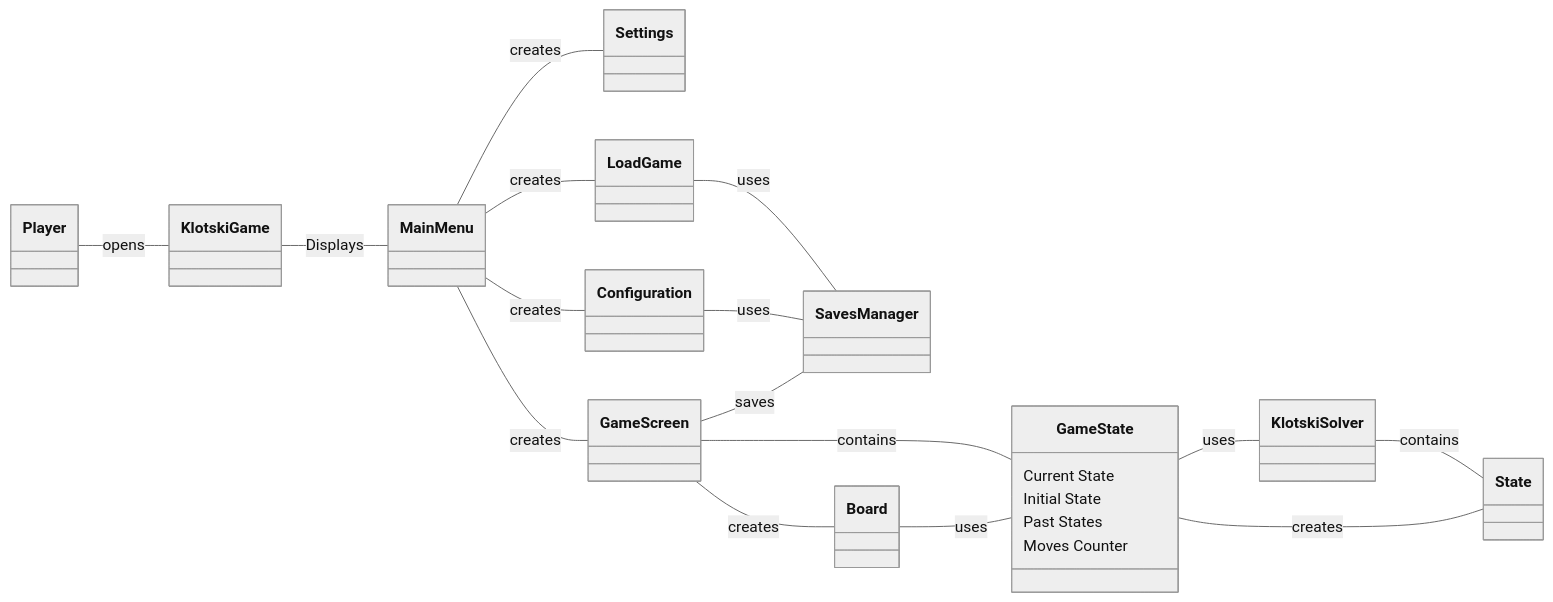
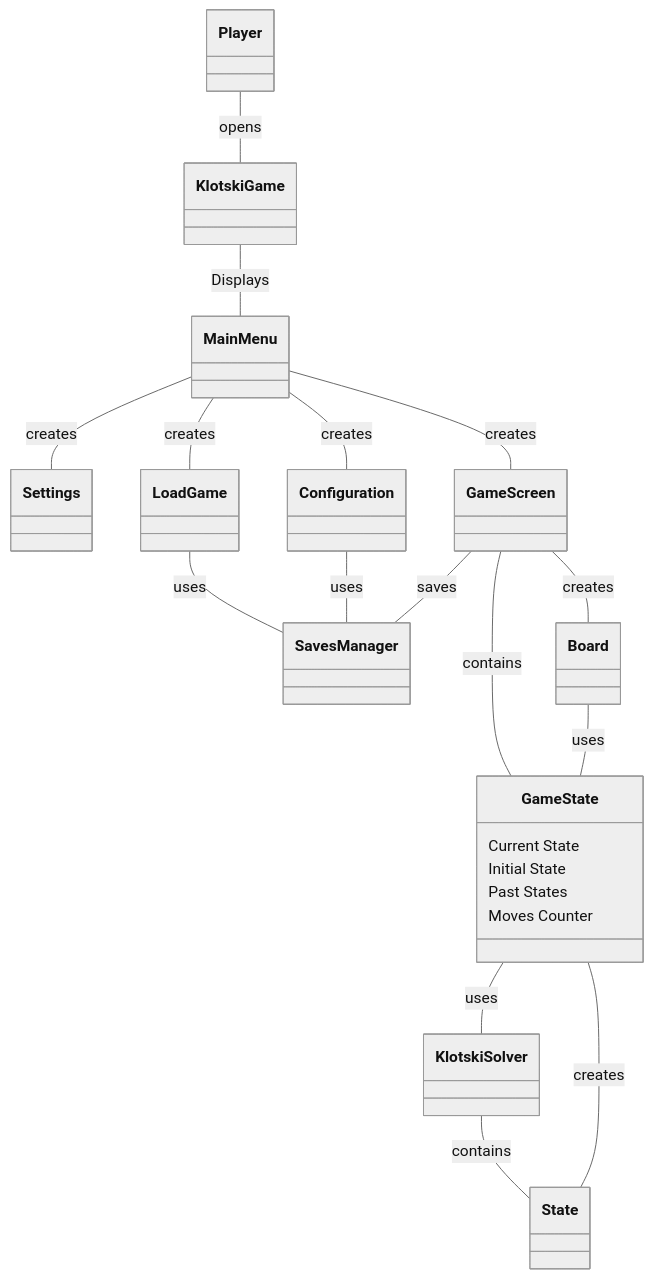
The diagram in docs/domain_model/index.md (BIRSAx2/klotski), drawn with Mermaid (neutral theme) before and after one commit.

Commit message:
Improved the domain model

````diff
--- a/docs/domain_model/index.md
+++ b/docs/domain_model/index.md
@@ -10,36 +11,35 @@
 ```mermaid
 classDiagram
-    direction LR
     Player -- KlotskiGame: opens
     
     KlotskiGame -- MainMenu: Displays
     
 
     MainMenu -- Settings : creates
     MainMenu -- GameScreen : creates
     MainMenu -- LoadGame : creates
     MainMenu -- Configuration : creates
         
     LoadGame --  SavesManager : uses
     Configuration -- SavesManager :uses
     GameScreen -- SavesManager : saves
     
     
     GameScreen -- Board : creates
     GameScreen -- GameState: contains
     
 
     GameState: Current State
     GameState: Initial State
     GameState: Past States
     GameState: Moves Counter
     
     GameState -- KlotskiSolver: uses
     
     KlotskiSolver -- State: contains
     
     GameState -- State: creates
     
     Board --  GameState: uses
 
 ```
````
